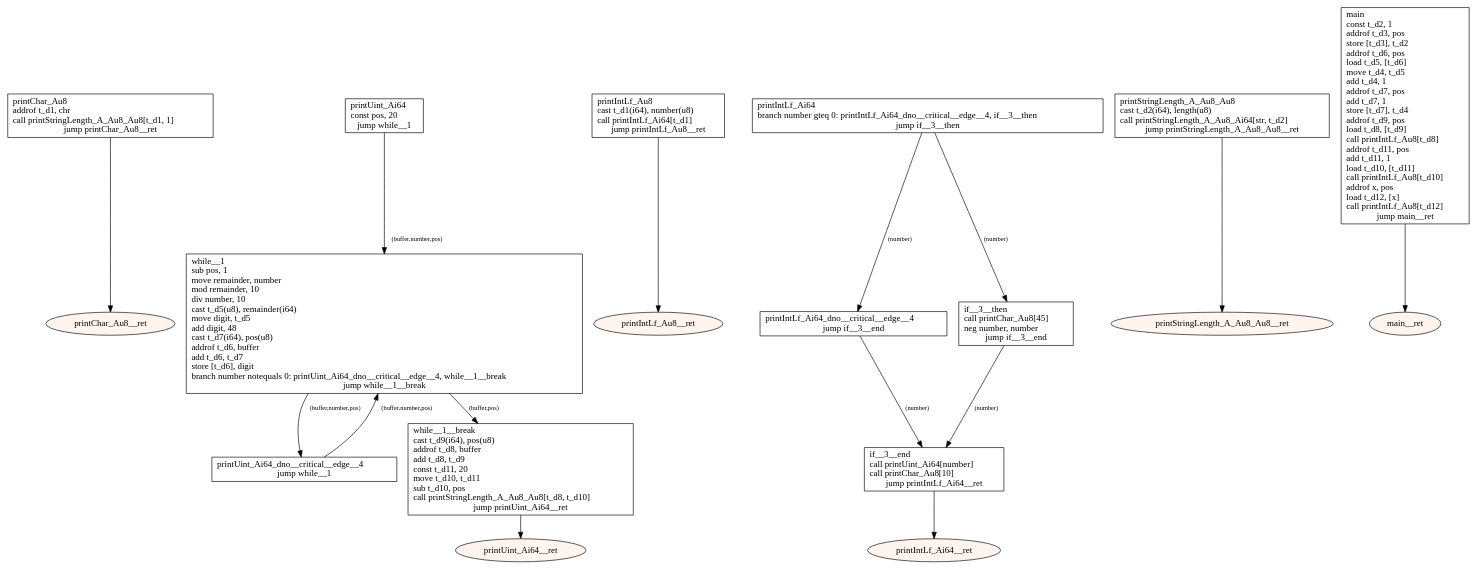
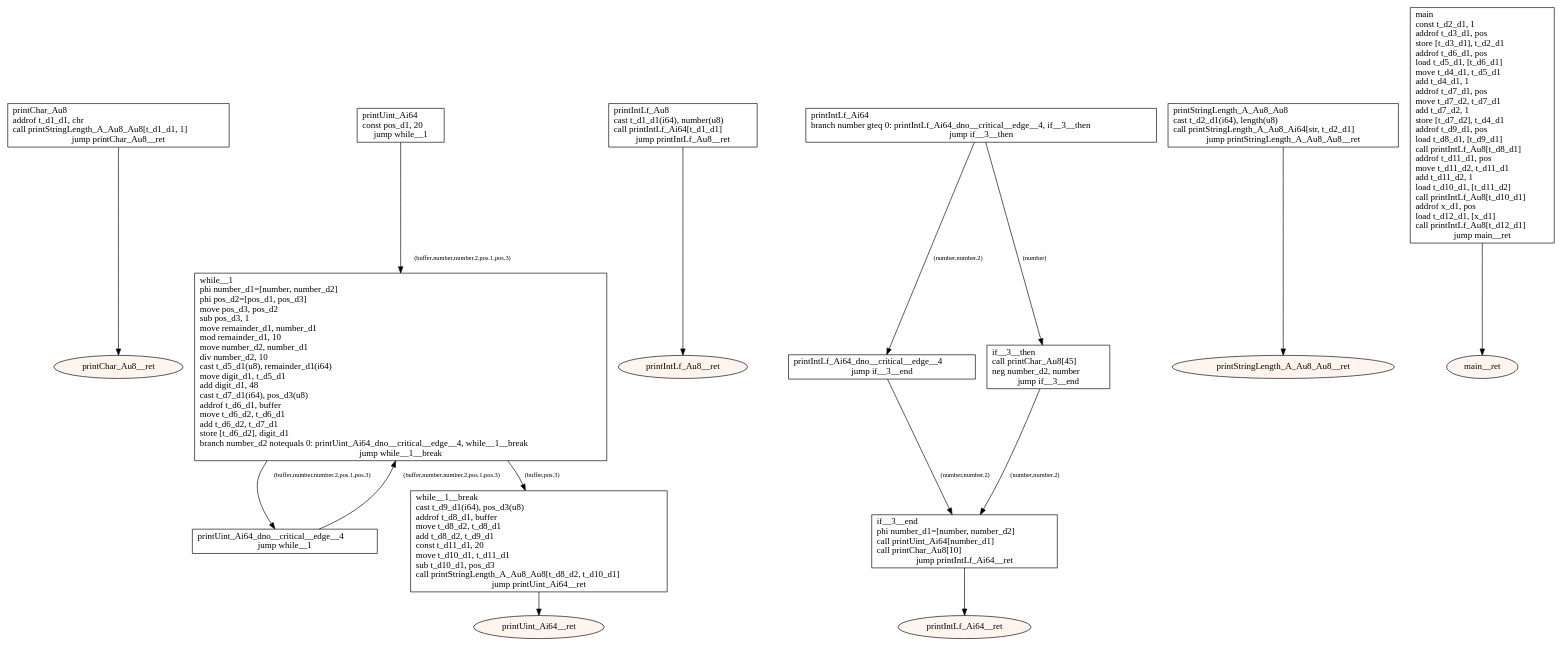
Before and after one commit to tmssngr/tinyC: the diagram in src/main/resources-test/compiler/windows/structs.dot, drawn with Graphviz. The commit also changed 90 other files, not shown here.

```diff
--- a/src/main/resources-test/compiler/windows/structs.dot
+++ b/src/main/resources-test/compiler/windows/structs.dot
@@ -1,47 +1,47 @@
 digraph program {
 	edge[fontsize="10pt"];
 	subgraph fn_printChar_Au8 {
-		BasicBlock_0_printChar_Au8 [label="printChar_Au8\laddrof t_d1, chr\lcall printStringLength_A_Au8_Au8[t_d1, 1]\ljump printChar_Au8__ret",shape=box];
+		BasicBlock_0_printChar_Au8 [label="printChar_Au8\laddrof t_d1_d1, chr\lcall printStringLength_A_Au8_Au8[t_d1_d1, 1]\ljump printChar_Au8__ret",shape=box];
 		BasicBlock_0_printChar_Au8 -> BasicBlock_0_printChar_Au8__ret;
 		BasicBlock_0_printChar_Au8__ret [label="printChar_Au8__ret",shape=oval,style=filled,fillcolor="#fff5ee"];
 	}
 	subgraph fn_printUint_Ai64 {
-		BasicBlock_1_printUint_Ai64 [label="printUint_Ai64\lconst pos, 20\ljump while__1",shape=box];
-		BasicBlock_1_printUint_Ai64 -> BasicBlock_1_while__1 [label="(buffer,number,pos)"];
+		BasicBlock_1_printUint_Ai64 [label="printUint_Ai64\lconst pos_d1, 20\ljump while__1",shape=box];
+		BasicBlock_1_printUint_Ai64 -> BasicBlock_1_while__1 [label="(buffer,number,number.2,pos.1,pos.3)"];
 		BasicBlock_1_printUint_Ai64_dno__critical__edge__4 [label="printUint_Ai64_dno__critical__edge__4\ljump while__1",shape=box];
-		BasicBlock_1_printUint_Ai64_dno__critical__edge__4 -> BasicBlock_1_while__1 [label="(buffer,number,pos)"];
-		BasicBlock_1_while__1 [label="while__1\lsub pos, 1\lmove remainder, number\lmod remainder, 10\ldiv number, 10\lcast t_d5(u8), remainder(i64)\lmove digit, t_d5\ladd digit, 48\lcast t_d7(i64), pos(u8)\laddrof t_d6, buffer\ladd t_d6, t_d7\lstore [t_d6], digit\lbranch number notequals 0: printUint_Ai64_dno__critical__edge__4, while__1__break\ljump while__1__break",shape=box];
-		BasicBlock_1_while__1 -> BasicBlock_1_printUint_Ai64_dno__critical__edge__4 [label="(buffer,number,pos)"];
-		BasicBlock_1_while__1 -> BasicBlock_1_while__1__break [label="(buffer,pos)"];
-		BasicBlock_1_while__1__break [label="while__1__break\lcast t_d9(i64), pos(u8)\laddrof t_d8, buffer\ladd t_d8, t_d9\lconst t_d11, 20\lmove t_d10, t_d11\lsub t_d10, pos\lcall printStringLength_A_Au8_Au8[t_d8, t_d10]\ljump printUint_Ai64__ret",shape=box];
+		BasicBlock_1_printUint_Ai64_dno__critical__edge__4 -> BasicBlock_1_while__1 [label="(buffer,number,number.2,pos.1,pos.3)"];
+		BasicBlock_1_while__1 [label="while__1\lphi number_d1=[number, number_d2]\lphi pos_d2=[pos_d1, pos_d3]\lmove pos_d3, pos_d2\lsub pos_d3, 1\lmove remainder_d1, number_d1\lmod remainder_d1, 10\lmove number_d2, number_d1\ldiv number_d2, 10\lcast t_d5_d1(u8), remainder_d1(i64)\lmove digit_d1, t_d5_d1\ladd digit_d1, 48\lcast t_d7_d1(i64), pos_d3(u8)\laddrof t_d6_d1, buffer\lmove t_d6_d2, t_d6_d1\ladd t_d6_d2, t_d7_d1\lstore [t_d6_d2], digit_d1\lbranch number_d2 notequals 0: printUint_Ai64_dno__critical__edge__4, while__1__break\ljump while__1__break",shape=box];
+		BasicBlock_1_while__1 -> BasicBlock_1_printUint_Ai64_dno__critical__edge__4 [label="(buffer,number,number.2,pos.1,pos.3)"];
+		BasicBlock_1_while__1 -> BasicBlock_1_while__1__break [label="(buffer,pos.3)"];
+		BasicBlock_1_while__1__break [label="while__1__break\lcast t_d9_d1(i64), pos_d3(u8)\laddrof t_d8_d1, buffer\lmove t_d8_d2, t_d8_d1\ladd t_d8_d2, t_d9_d1\lconst t_d11_d1, 20\lmove t_d10_d1, t_d11_d1\lsub t_d10_d1, pos_d3\lcall printStringLength_A_Au8_Au8[t_d8_d2, t_d10_d1]\ljump printUint_Ai64__ret",shape=box];
 		BasicBlock_1_while__1__break -> BasicBlock_1_printUint_Ai64__ret;
 		BasicBlock_1_printUint_Ai64__ret [label="printUint_Ai64__ret",shape=oval,style=filled,fillcolor="#fff5ee"];
 	}
 	subgraph fn_printIntLf_Au8 {
-		BasicBlock_2_printIntLf_Au8 [label="printIntLf_Au8\lcast t_d1(i64), number(u8)\lcall printIntLf_Ai64[t_d1]\ljump printIntLf_Au8__ret",shape=box];
+		BasicBlock_2_printIntLf_Au8 [label="printIntLf_Au8\lcast t_d1_d1(i64), number(u8)\lcall printIntLf_Ai64[t_d1_d1]\ljump printIntLf_Au8__ret",shape=box];
 		BasicBlock_2_printIntLf_Au8 -> BasicBlock_2_printIntLf_Au8__ret;
 		BasicBlock_2_printIntLf_Au8__ret [label="printIntLf_Au8__ret",shape=oval,style=filled,fillcolor="#fff5ee"];
 	}
 	subgraph fn_printIntLf_Ai64 {
 		BasicBlock_3_printIntLf_Ai64 [label="printIntLf_Ai64\lbranch number gteq 0: printIntLf_Ai64_dno__critical__edge__4, if__3__then\ljump if__3__then",shape=box];
-		BasicBlock_3_printIntLf_Ai64 -> BasicBlock_3_printIntLf_Ai64_dno__critical__edge__4 [label="(number)"];
+		BasicBlock_3_printIntLf_Ai64 -> BasicBlock_3_printIntLf_Ai64_dno__critical__edge__4 [label="(number,number.2)"];
 		BasicBlock_3_printIntLf_Ai64 -> BasicBlock_3_if__3__then [label="(number)"];
 		BasicBlock_3_printIntLf_Ai64_dno__critical__edge__4 [label="printIntLf_Ai64_dno__critical__edge__4\ljump if__3__end",shape=box];
-		BasicBlock_3_printIntLf_Ai64_dno__critical__edge__4 -> BasicBlock_3_if__3__end [label="(number)"];
-		BasicBlock_3_if__3__then [label="if__3__then\lcall printChar_Au8[45]\lneg number, number\ljump if__3__end",shape=box];
-		BasicBlock_3_if__3__then -> BasicBlock_3_if__3__end [label="(number)"];
-		BasicBlock_3_if__3__end [label="if__3__end\lcall printUint_Ai64[number]\lcall printChar_Au8[10]\ljump printIntLf_Ai64__ret",shape=box];
+		BasicBlock_3_printIntLf_Ai64_dno__critical__edge__4 -> BasicBlock_3_if__3__end [label="(number,number.2)"];
+		BasicBlock_3_if__3__then [label="if__3__then\lcall printChar_Au8[45]\lneg number_d2, number\ljump if__3__end",shape=box];
+		BasicBlock_3_if__3__then -> BasicBlock_3_if__3__end [label="(number,number.2)"];
+		BasicBlock_3_if__3__end [label="if__3__end\lphi number_d1=[number, number_d2]\lcall printUint_Ai64[number_d1]\lcall printChar_Au8[10]\ljump printIntLf_Ai64__ret",shape=box];
 		BasicBlock_3_if__3__end -> BasicBlock_3_printIntLf_Ai64__ret;
 		BasicBlock_3_printIntLf_Ai64__ret [label="printIntLf_Ai64__ret",shape=oval,style=filled,fillcolor="#fff5ee"];
 	}
 	subgraph fn_printStringLength_A_Au8_Au8 {
-		BasicBlock_4_printStringLength_A_Au8_Au8 [label="printStringLength_A_Au8_Au8\lcast t_d2(i64), length(u8)\lcall printStringLength_A_Au8_Ai64[str, t_d2]\ljump printStringLength_A_Au8_Au8__ret",shape=box];
+		BasicBlock_4_printStringLength_A_Au8_Au8 [label="printStringLength_A_Au8_Au8\lcast t_d2_d1(i64), length(u8)\lcall printStringLength_A_Au8_Ai64[str, t_d2_d1]\ljump printStringLength_A_Au8_Au8__ret",shape=box];
 		BasicBlock_4_printStringLength_A_Au8_Au8 -> BasicBlock_4_printStringLength_A_Au8_Au8__ret;
 		BasicBlock_4_printStringLength_A_Au8_Au8__ret [label="printStringLength_A_Au8_Au8__ret",shape=oval,style=filled,fillcolor="#fff5ee"];
 	}
 	subgraph fn_main {
-		BasicBlock_5_main [label="main\lconst t_d2, 1\laddrof t_d3, pos\lstore [t_d3], t_d2\laddrof t_d6, pos\lload t_d5, [t_d6]\lmove t_d4, t_d5\ladd t_d4, 1\laddrof t_d7, pos\ladd t_d7, 1\lstore [t_d7], t_d4\laddrof t_d9, pos\lload t_d8, [t_d9]\lcall printIntLf_Au8[t_d8]\laddrof t_d11, pos\ladd t_d11, 1\lload t_d10, [t_d11]\lcall printIntLf_Au8[t_d10]\laddrof x, pos\lload t_d12, [x]\lcall printIntLf_Au8[t_d12]\ljump main__ret",shape=box];
+		BasicBlock_5_main [label="main\lconst t_d2_d1, 1\laddrof t_d3_d1, pos\lstore [t_d3_d1], t_d2_d1\laddrof t_d6_d1, pos\lload t_d5_d1, [t_d6_d1]\lmove t_d4_d1, t_d5_d1\ladd t_d4_d1, 1\laddrof t_d7_d1, pos\lmove t_d7_d2, t_d7_d1\ladd t_d7_d2, 1\lstore [t_d7_d2], t_d4_d1\laddrof t_d9_d1, pos\lload t_d8_d1, [t_d9_d1]\lcall printIntLf_Au8[t_d8_d1]\laddrof t_d11_d1, pos\lmove t_d11_d2, t_d11_d1\ladd t_d11_d2, 1\lload t_d10_d1, [t_d11_d2]\lcall printIntLf_Au8[t_d10_d1]\laddrof x_d1, pos\lload t_d12_d1, [x_d1]\lcall printIntLf_Au8[t_d12_d1]\ljump main__ret",shape=box];
 		BasicBlock_5_main -> BasicBlock_5_main__ret;
 		BasicBlock_5_main__ret [label="main__ret",shape=oval,style=filled,fillcolor="#fff5ee"];
 	}
 }
```
